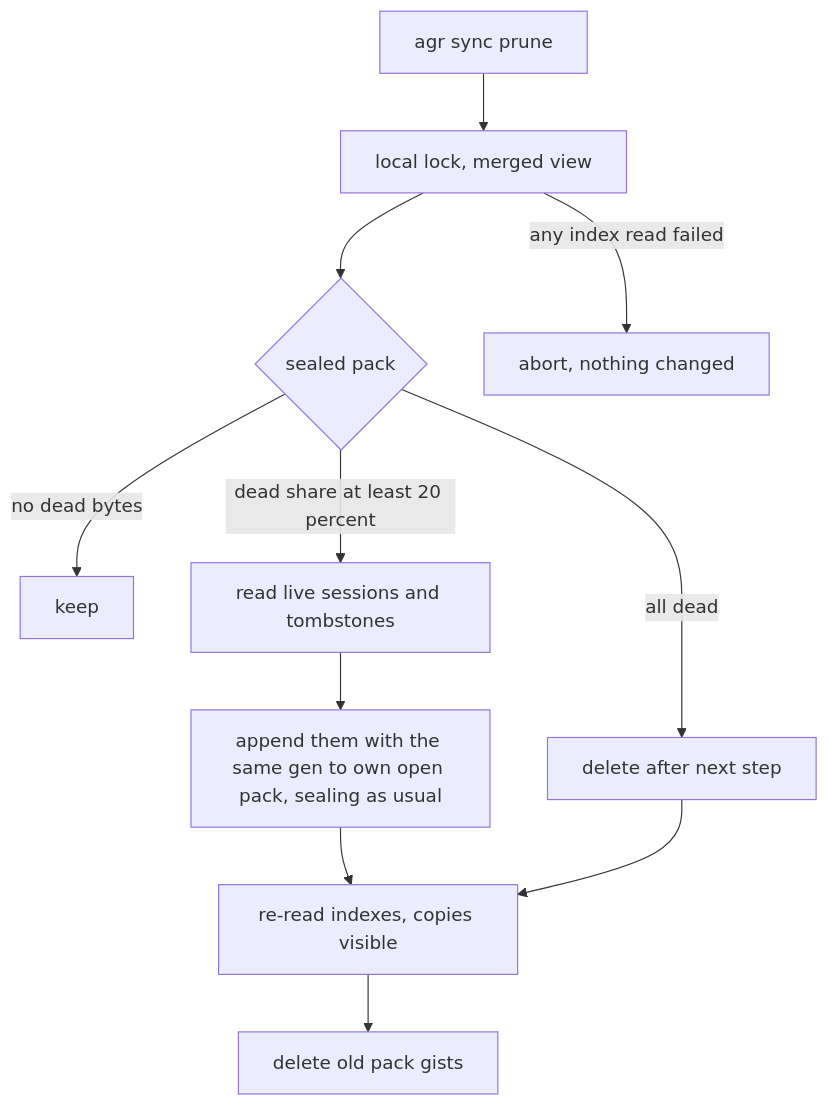
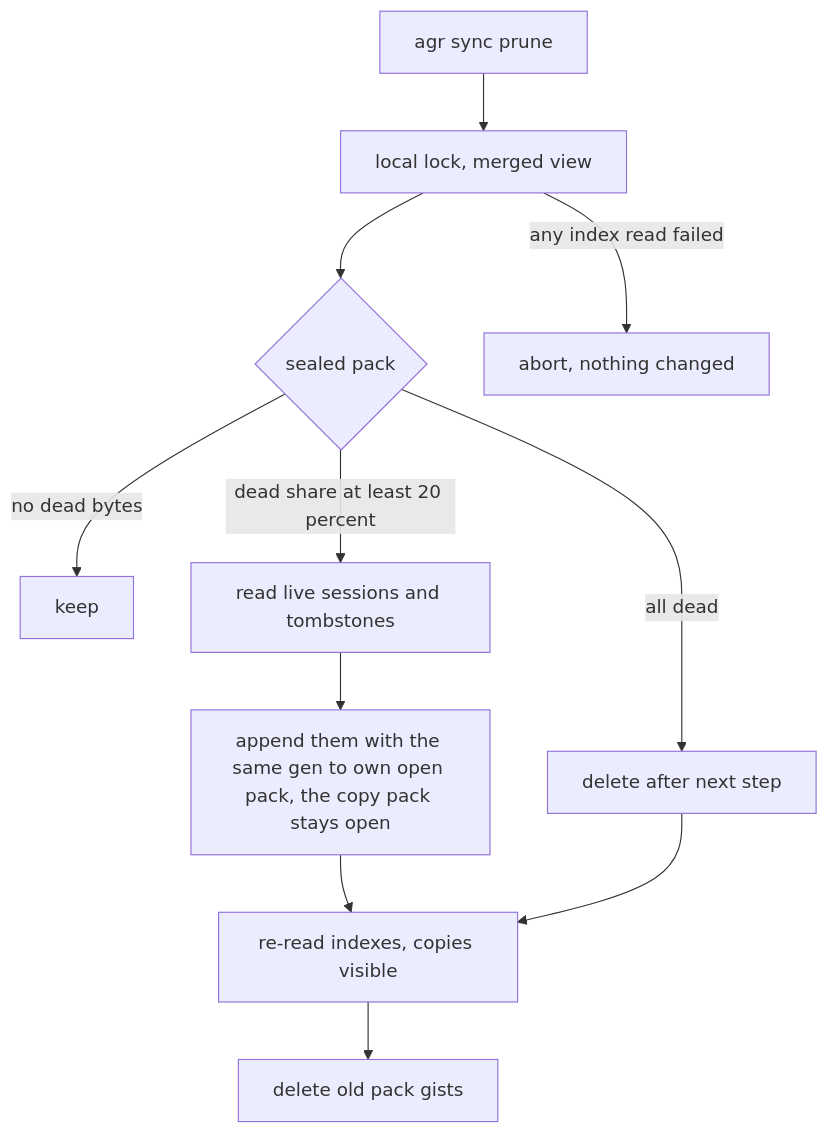
One commit to thiscantbeserious/agent-session-recorder changed diagram 11 of 11 in .state/feature-sync-gist/ADR.md. Above: the diagram before and after it, drawn with Mermaid. The commit also changed other lines of this file, not shown here.

Commit message:
docs(docs): the ADR says prune copies stay open and may leave several open packs

````diff
--- a/.state/feature-sync-gist/ADR.md
+++ b/.state/feature-sync-gist/ADR.md
@@ -1550,13 +1550,13 @@
 ```mermaid
 flowchart TD
     start[agr sync prune] --> view[local lock, merged view]
     view --> each{sealed pack}
     view -- any index read failed --> abort[abort, nothing changed]
     each -- no dead bytes --> keep[keep]
     each -- all dead --> gone[delete after next step]
     each -- dead share at least 20 percent --> copy[read live sessions and tombstones]
-    copy --> append[append them with the same gen to own open pack, sealing as usual]
+    copy --> append[append them with the same gen to own open pack, the copy pack stays open]
     append --> check[re-read indexes, copies visible]
     check --> del[delete old pack gists]
     gone --> check
 ```
````
